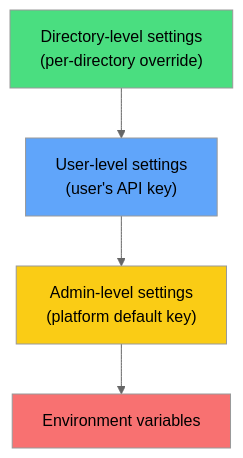
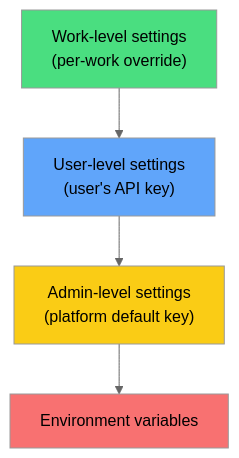
The fourth of 4 diagrams in docs/plugin-system/notion-plugin.md (ever-works/ever-works), drawn with Mermaid (neutral theme) before and after one commit. The commit also changed other lines of this file and 395 other files, not shown here.

````diff
--- a/docs/plugin-system/notion-plugin.md
+++ b/docs/plugin-system/notion-plugin.md
@@ -178,11 +178,11 @@
 ```mermaid
 flowchart TB
-    D["Directory-level settings<br/>(per-directory override)"] --> U["User-level settings<br/>(user's API key)"]
+    D["Work-level settings<br/>(per-work override)"] --> U["User-level settings<br/>(user's API key)"]
     U --> A["Admin-level settings<br/>(platform default key)"]
     A --> E["Environment variables"]
 
     style D fill:#4ade80,color:#000
     style U fill:#60a5fa,color:#000
     style A fill:#facc15,color:#000
     style E fill:#f87171,color:#000
 ```
````
